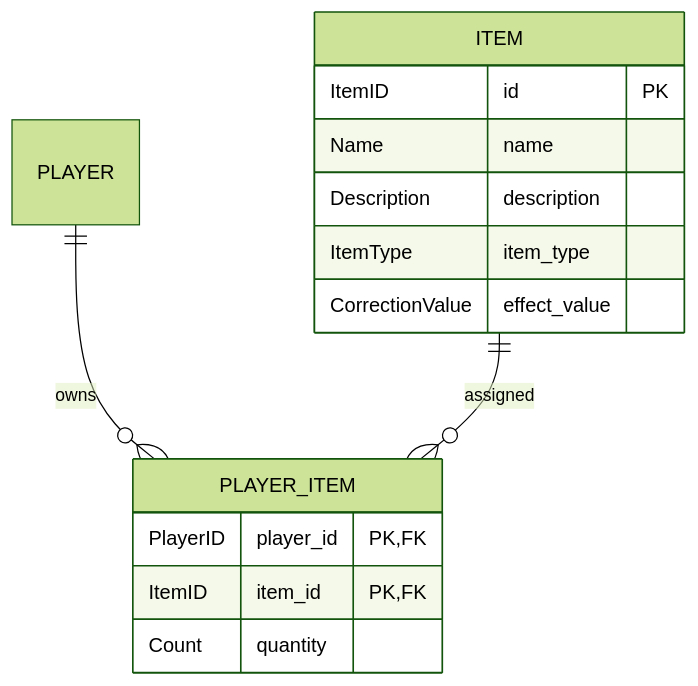
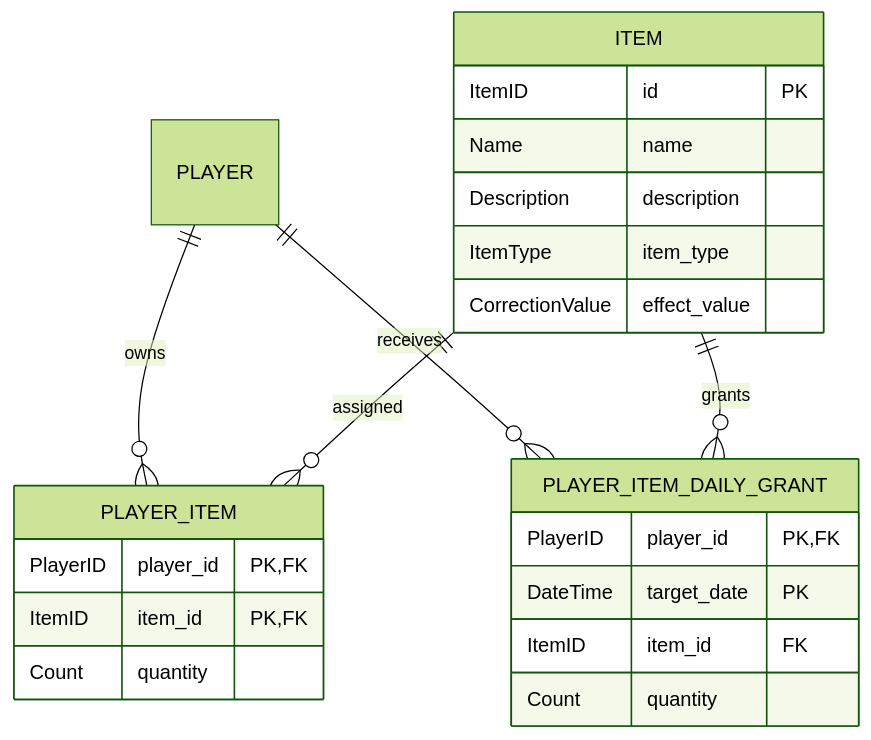
The fourth of 8 diagrams in design/server/data_base.md (ReHydrangeaOdyssey/Specifications), drawn with Mermaid (forest theme) before and after one commit. The commit also changed other lines of this file and 9 other files, not shown here.

````diff
--- a/design/server/data_base.md
+++ b/design/server/data_base.md
@@ -372,19 +372,28 @@
 ```mermaid
 erDiagram
     ITEM {
         ItemID id PK
         Name name
         Description description
         ItemType item_type
         CorrectionValue effect_value
     }
 
     PLAYER_ITEM {
         PlayerID player_id PK, FK
         ItemID item_id PK, FK
         Count quantity
     }
 
+    PLAYER_ITEM_DAILY_GRANT {
+        PlayerID player_id PK, FK
+        DateTime target_date PK
+        ItemID item_id FK
+        Count quantity
+    }
+
     PLAYER ||--o{ PLAYER_ITEM : owns
     ITEM ||--o{ PLAYER_ITEM : assigned
+    PLAYER ||--o{ PLAYER_ITEM_DAILY_GRANT : receives
+    ITEM ||--o{ PLAYER_ITEM_DAILY_GRANT : grants
 ```
````
